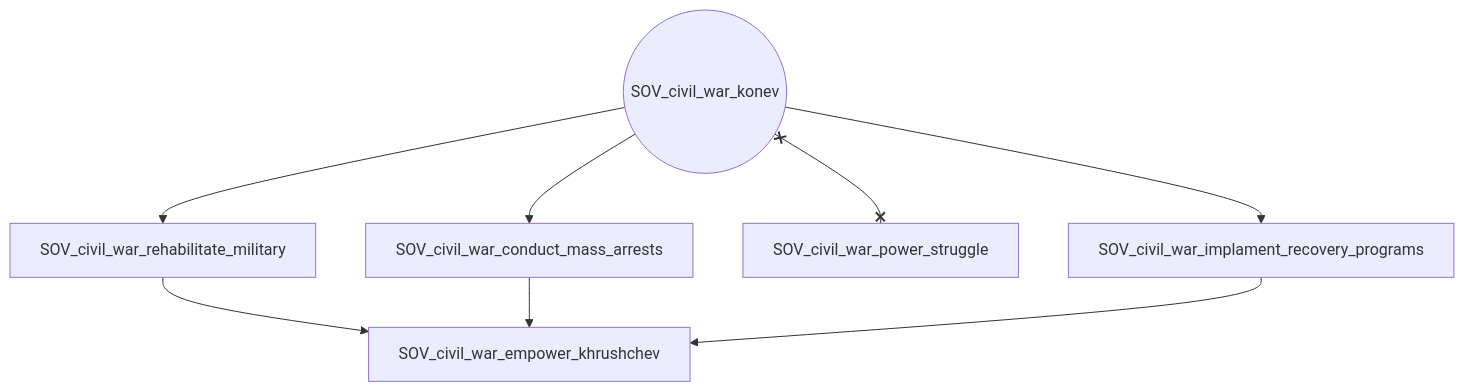
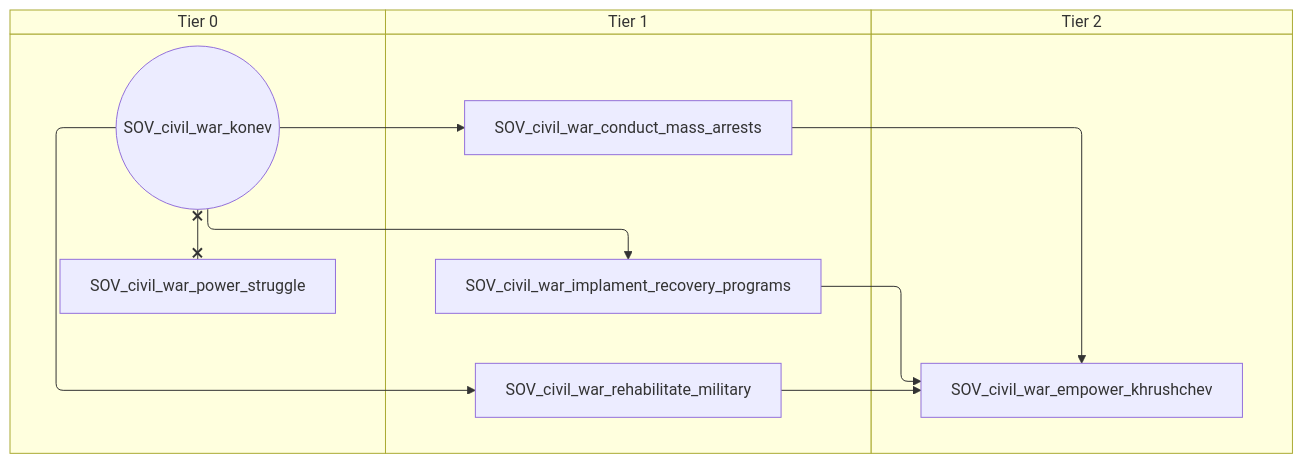
One commit to evgeny-sobol/hoi4-sandbox-mode-r56 changed the first of 2 diagrams in docs/gdd/National Focuses/r56_soviet_civil_war.md. Above: the diagram before and after it, drawn with Mermaid. The commit also changed other lines of this file and 423 other files, not shown here.

First line of the commit message:
Re-export Rt56 focus trees as swimlane diagrams

````diff
--- a/docs/gdd/National Focuses/r56_soviet_civil_war.md
+++ b/docs/gdd/National Focuses/r56_soviet_civil_war.md
@@ -3,16 +3,22 @@
 ```mermaid
-flowchart TD
-    n1["SOV_civil_war_conduct_mass_arrests"]
-    n2["SOV_civil_war_empower_khrushchev"]
-    n3["SOV_civil_war_implament_recovery_programs"]
-    n4(("SOV_civil_war_konev"))
-    n5["SOV_civil_war_power_struggle"]
-    n6["SOV_civil_war_rehabilitate_military"]
-    n4 --> n1
-    n6 --> n2
-    n1 --> n2
-    n3 --> n2
-    n4 --> n3
+swimlane-beta TD
+    subgraph tier_0["Tier 0"]
+        n1(("SOV_civil_war_konev"))
+        n2["SOV_civil_war_power_struggle"]
+    end
+    subgraph tier_1["Tier 1"]
+        n3["SOV_civil_war_conduct_mass_arrests"]
+        n4["SOV_civil_war_implament_recovery_programs"]
+        n5["SOV_civil_war_rehabilitate_military"]
+    end
+    subgraph tier_2["Tier 2"]
+        n6["SOV_civil_war_empower_khrushchev"]
+    end
+    n1 --> n3
+    n5 --> n6
+    n3 --> n6
     n4 --> n6
-    n4 x--x n5
+    n1 --> n4
+    n1 --> n5
+    n1 x--x n2
 ```
````
